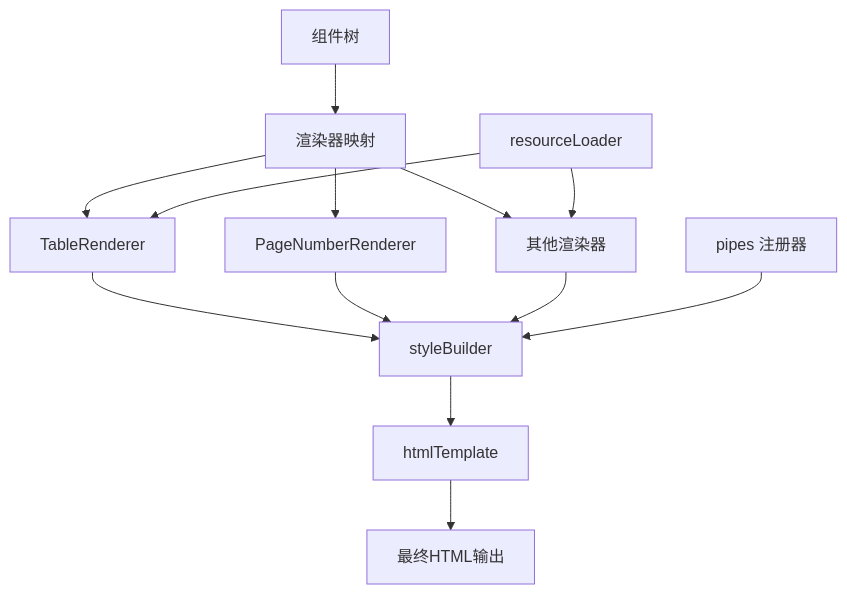
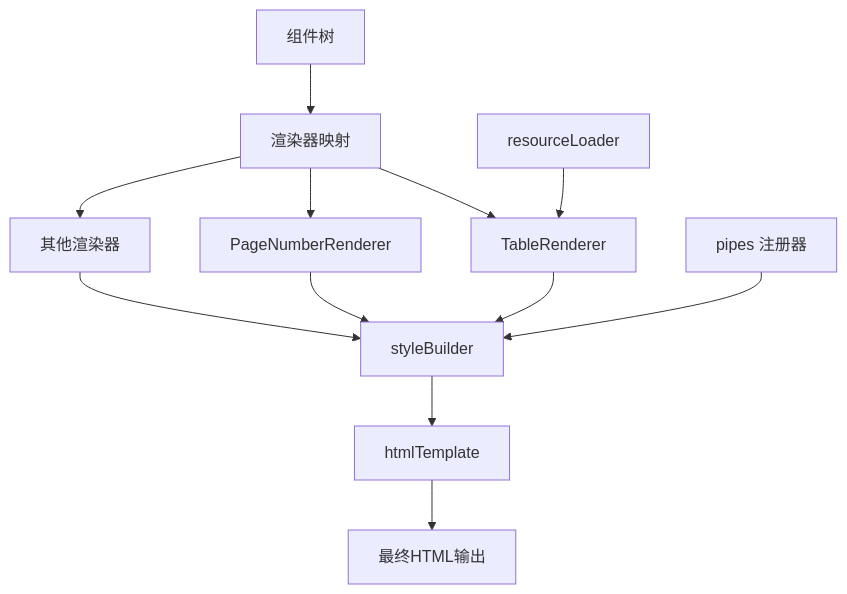
The second of 10 diagrams in .qoder/repowiki/zh/content/项目概述/核心特性/打印引擎系统/打印引擎系统.md (joker-yjc/printer), drawn with Mermaid before and after one commit. The commit also changed other lines of this file and 128 other files, not shown here.

````diff
--- a/.qoder/repowiki/zh/content/项目概述/核心特性/打印引擎系统/打印引擎系统.md
+++ b/.qoder/repowiki/zh/content/项目概述/核心特性/打印引擎系统/打印引擎系统.md
@@ -119,15 +121,14 @@
 ```mermaid
 graph TB
 Root["组件树"] --> RMap["渲染器映射"]
 RMap --> TR["TableRenderer"]
 RMap --> PN["PageNumberRenderer"]
 RMap --> OtherR["其他渲染器"]
 TR --> SB["styleBuilder"]
 PN --> SB
 OtherR --> SB
 SB --> HTMLT["htmlTemplate"]
 HTMLT --> Out["最终HTML输出"]
 Pipes["pipes 注册器"] --> SB
 RL["resourceLoader"] --> TR
-RL --> OtherR
 ```
````
